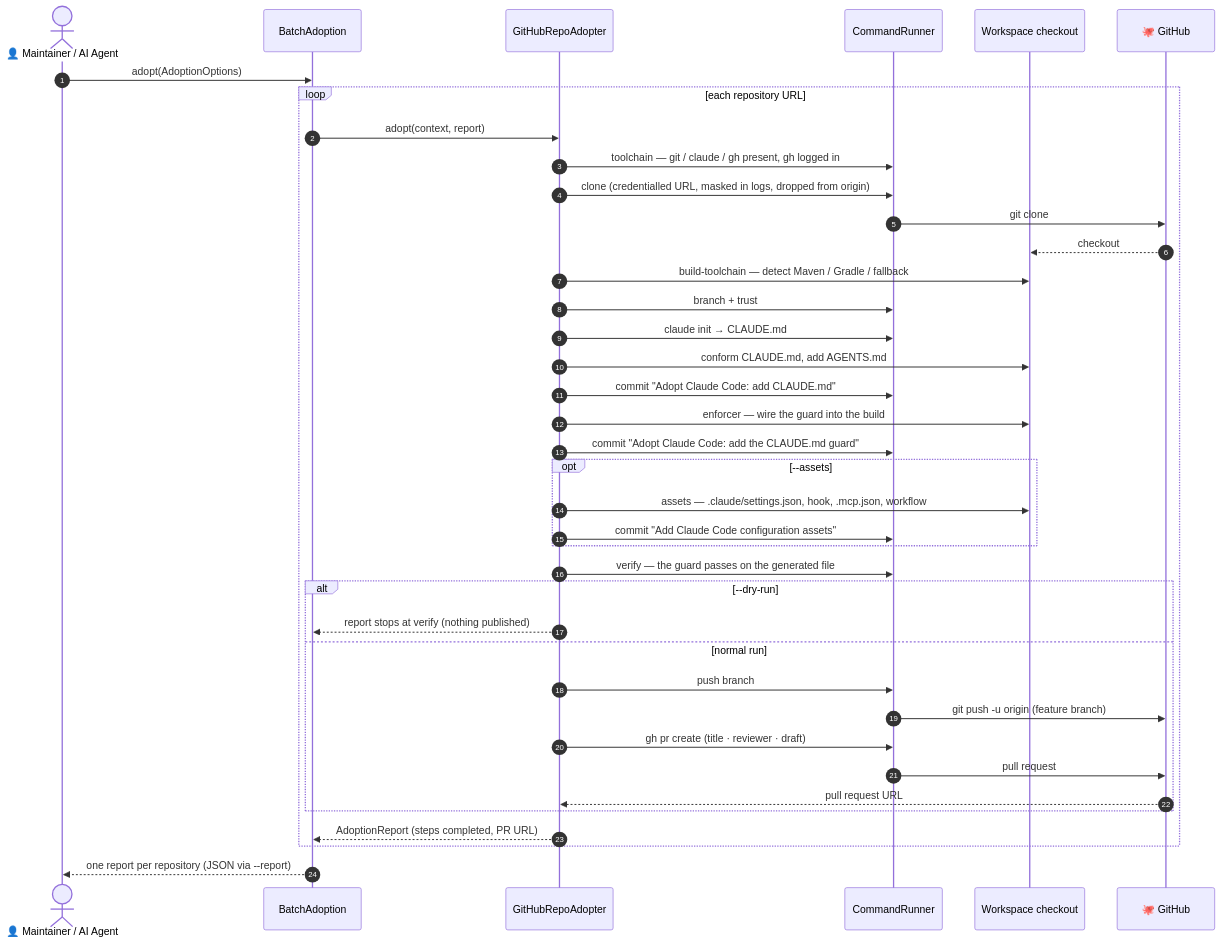
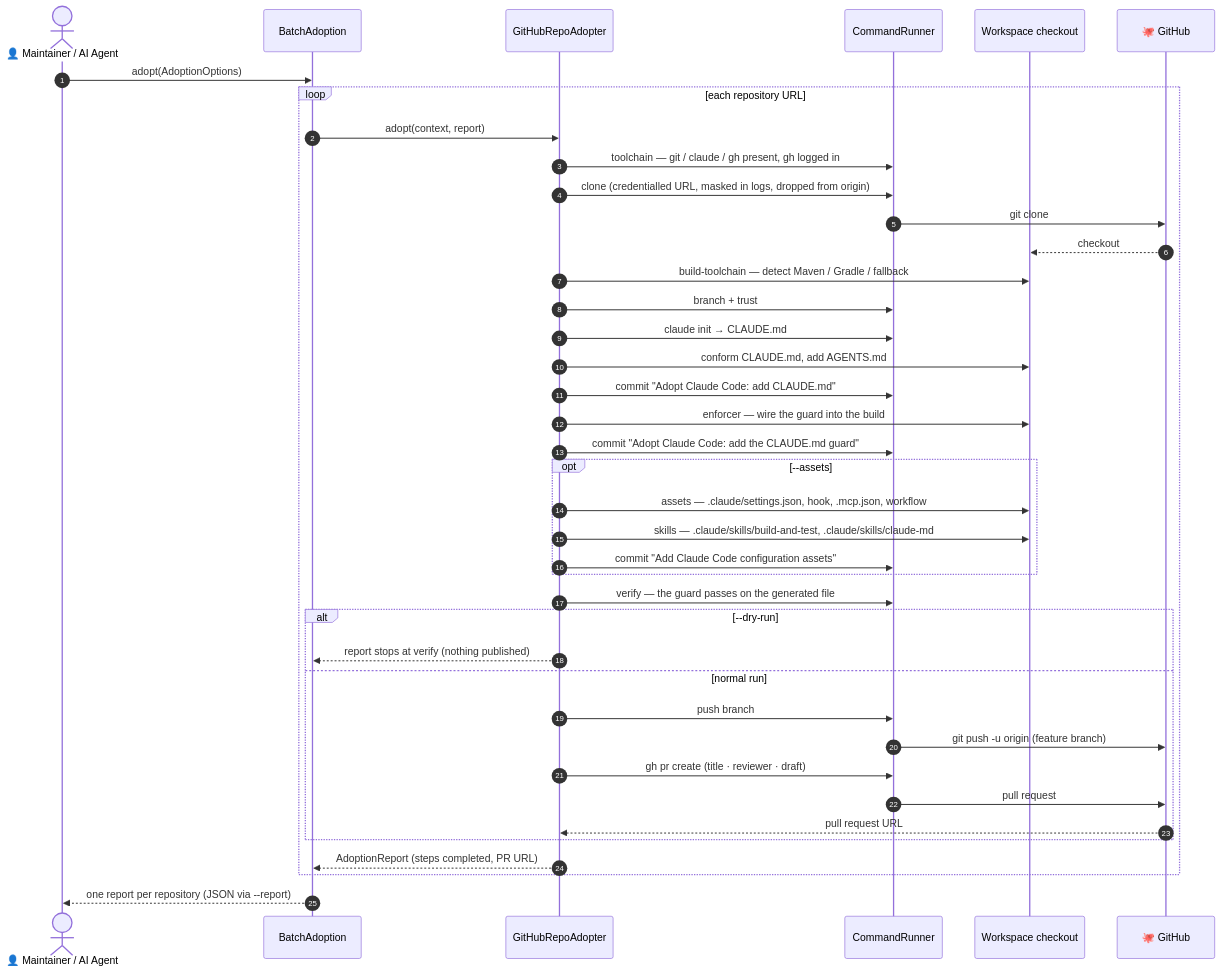
One commit to adamw7/tools changed the eighth of 10 diagrams in docs/c4-architecture.md. Above: the diagram before and after it, drawn with Mermaid. The commit also changed other lines of this file and 17 other files, not shown here.

````diff
--- a/docs/c4-architecture.md
+++ b/docs/c4-architecture.md
@@ -616,42 +619,43 @@
 ```mermaid
 sequenceDiagram
     autonumber
     actor M as 👤 Maintainer / AI Agent
     participant B as BatchAdoption
     participant A as GitHubRepoAdopter
     participant R as CommandRunner
     participant W as Workspace checkout
     participant G as 🐙 GitHub
 
     M->>B: adopt(AdoptionOptions)
     loop each repository URL
         B->>A: adopt(context, report)
         A->>R: toolchain — git / claude / gh present, gh logged in
         A->>R: clone (credentialled URL, masked in logs, dropped from origin)
         R->>G: git clone
         G-->>W: checkout
         A->>W: build-toolchain — detect Maven / Gradle / fallback
         A->>R: branch + trust
         A->>R: claude init → CLAUDE.md
         A->>W: conform CLAUDE.md, add AGENTS.md
         A->>R: commit "Adopt Claude Code: add CLAUDE.md"
         A->>W: enforcer — wire the guard into the build
         A->>R: commit "Adopt Claude Code: add the CLAUDE.md guard"
         opt --assets
             A->>W: assets — .claude/settings.json, hook, .mcp.json, workflow
+            A->>W: skills — .claude/skills/build-and-test, .claude/skills/claude-md
             A->>R: commit "Add Claude Code configuration assets"
         end
         A->>R: verify — the guard passes on the generated file
         alt --dry-run
             A-->>B: report stops at verify (nothing published)
         else normal run
             A->>R: push branch
             R->>G: git push -u origin (feature branch)
             A->>R: gh pr create (title · reviewer · draft)
             R->>G: pull request
             G-->>A: pull request URL
         end
         A-->>B: AdoptionReport (steps completed, PR URL)
     end
     B-->>M: one report per repository (JSON via --report)
 ```
````
